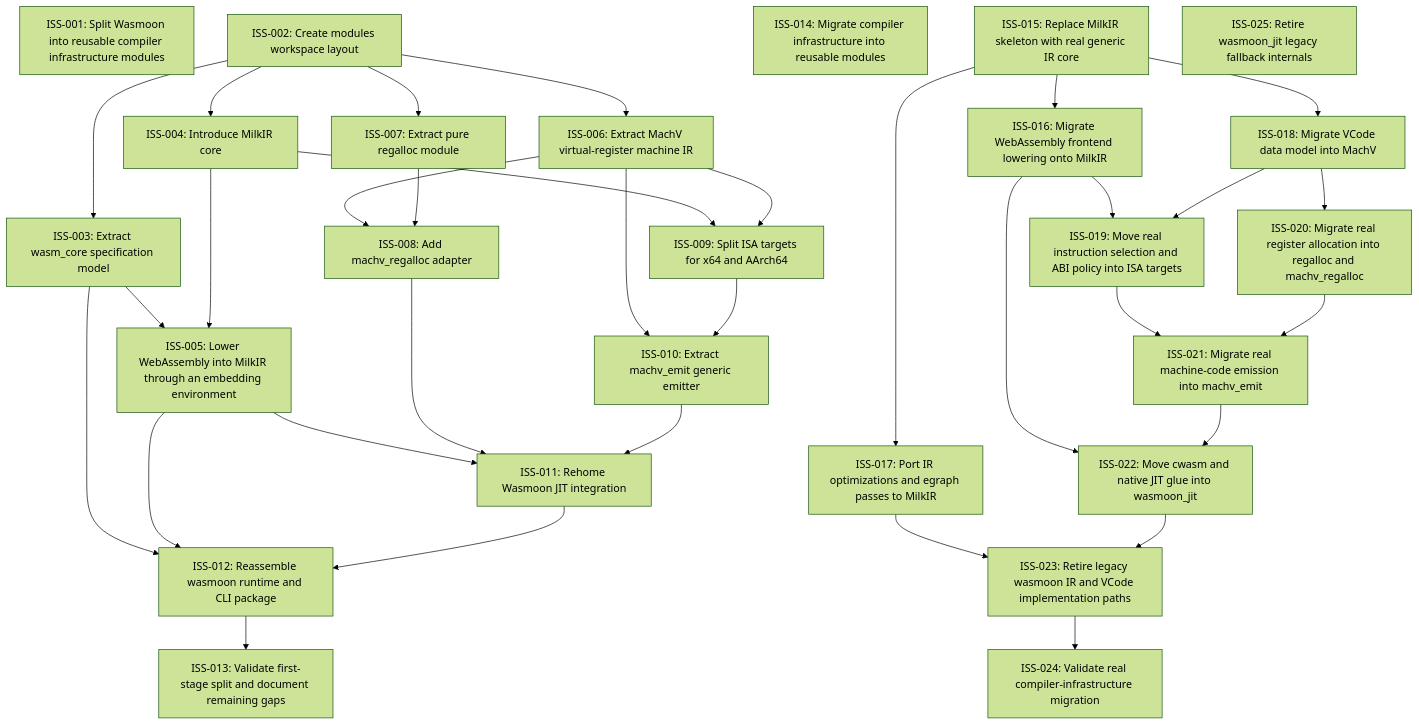
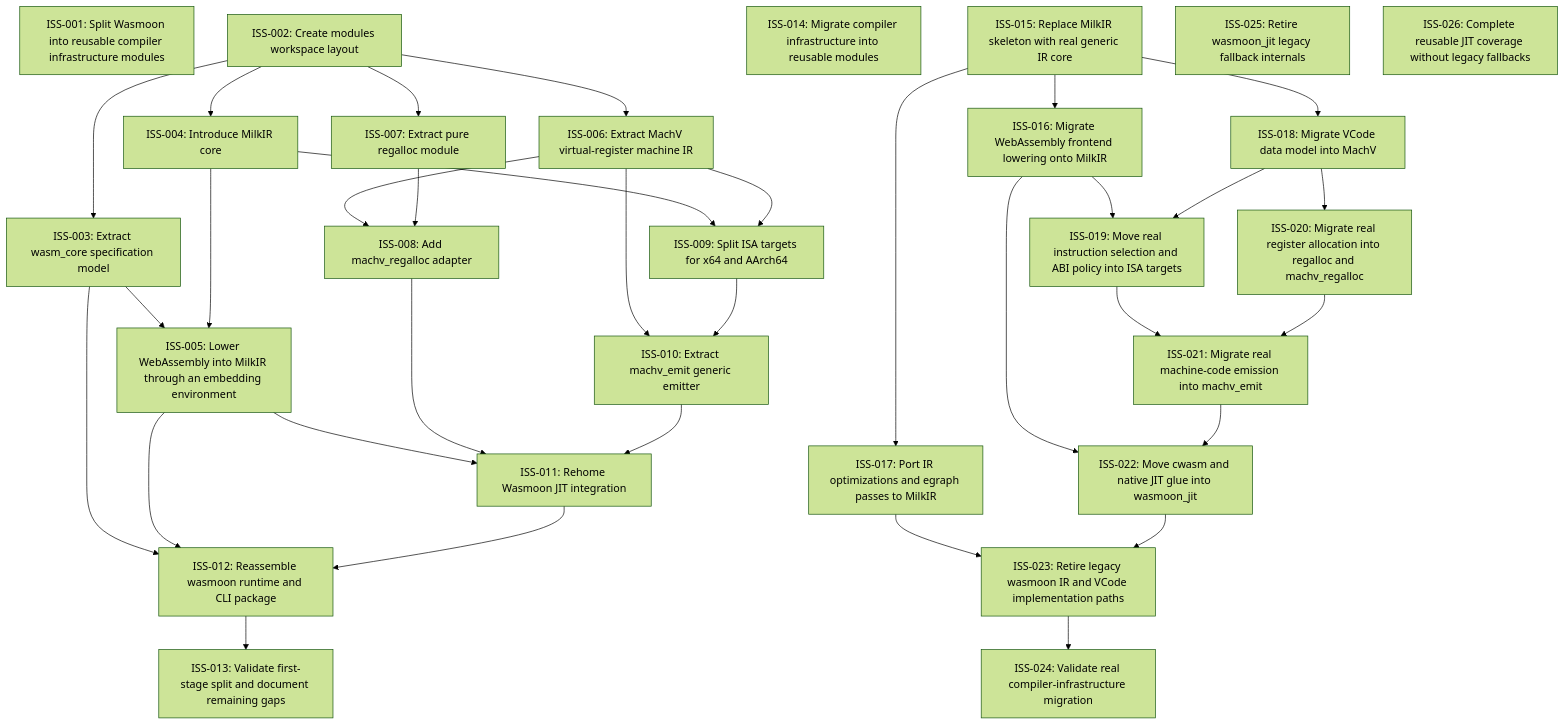
One commit to Milky2018/wasmoon changed the diagram in issues/README.md. Above: the diagram before and after it, drawn with Mermaid (forest theme). The commit also changed other lines of this file and 188 other files, not shown here.

Commit message:
Retire wasmoon_jit legacy fallbacks

````diff
--- a/issues/README.md
+++ b/issues/README.md
@@ -17,60 +17,61 @@
 ```mermaid
 graph TD
   ISS_001["ISS-001: Split Wasmoon into reusable compiler infrastructure modules"]
   ISS_002["ISS-002: Create modules workspace layout"]
   ISS_003["ISS-003: Extract wasm_core specification model"]
   ISS_004["ISS-004: Introduce MilkIR core"]
   ISS_005["ISS-005: Lower WebAssembly into MilkIR through an embedding environment"]
   ISS_006["ISS-006: Extract MachV virtual-register machine IR"]
   ISS_007["ISS-007: Extract pure regalloc module"]
   ISS_008["ISS-008: Add machv_regalloc adapter"]
   ISS_009["ISS-009: Split ISA targets for x64 and AArch64"]
   ISS_010["ISS-010: Extract machv_emit generic emitter"]
   ISS_011["ISS-011: Rehome Wasmoon JIT integration"]
   ISS_012["ISS-012: Reassemble wasmoon runtime and CLI package"]
   ISS_013["ISS-013: Validate first-stage split and document remaining gaps"]
   ISS_014["ISS-014: Migrate compiler infrastructure into reusable modules"]
   ISS_015["ISS-015: Replace MilkIR skeleton with real generic IR core"]
   ISS_016["ISS-016: Migrate WebAssembly frontend lowering onto MilkIR"]
   ISS_017["ISS-017: Port IR optimizations and egraph passes to MilkIR"]
   ISS_018["ISS-018: Migrate VCode data model into MachV"]
   ISS_019["ISS-019: Move real instruction selection and ABI policy into ISA targets"]
   ISS_020["ISS-020: Migrate real register allocation into regalloc and machv_regalloc"]
   ISS_021["ISS-021: Migrate real machine-code emission into machv_emit"]
   ISS_022["ISS-022: Move cwasm and native JIT glue into wasmoon_jit"]
   ISS_023["ISS-023: Retire legacy wasmoon IR and VCode implementation paths"]
   ISS_024["ISS-024: Validate real compiler-infrastructure migration"]
   ISS_025["ISS-025: Retire wasmoon_jit legacy fallback internals"]
+  ISS_026["ISS-026: Complete reusable JIT coverage without legacy fallbacks"]
   ISS_002 --> ISS_003
   ISS_002 --> ISS_004
   ISS_003 --> ISS_005
   ISS_004 --> ISS_005
   ISS_002 --> ISS_006
   ISS_002 --> ISS_007
   ISS_006 --> ISS_008
   ISS_007 --> ISS_008
   ISS_004 --> ISS_009
   ISS_006 --> ISS_009
   ISS_006 --> ISS_010
   ISS_009 --> ISS_010
   ISS_005 --> ISS_011
   ISS_008 --> ISS_011
   ISS_010 --> ISS_011
   ISS_003 --> ISS_012
   ISS_005 --> ISS_012
   ISS_011 --> ISS_012
   ISS_012 --> ISS_013
   ISS_015 --> ISS_016
   ISS_015 --> ISS_017
   ISS_015 --> ISS_018
   ISS_016 --> ISS_019
   ISS_018 --> ISS_019
   ISS_018 --> ISS_020
   ISS_019 --> ISS_021
   ISS_020 --> ISS_021
   ISS_016 --> ISS_022
   ISS_021 --> ISS_022
   ISS_017 --> ISS_023
   ISS_022 --> ISS_023
   ISS_023 --> ISS_024
 ```
````
